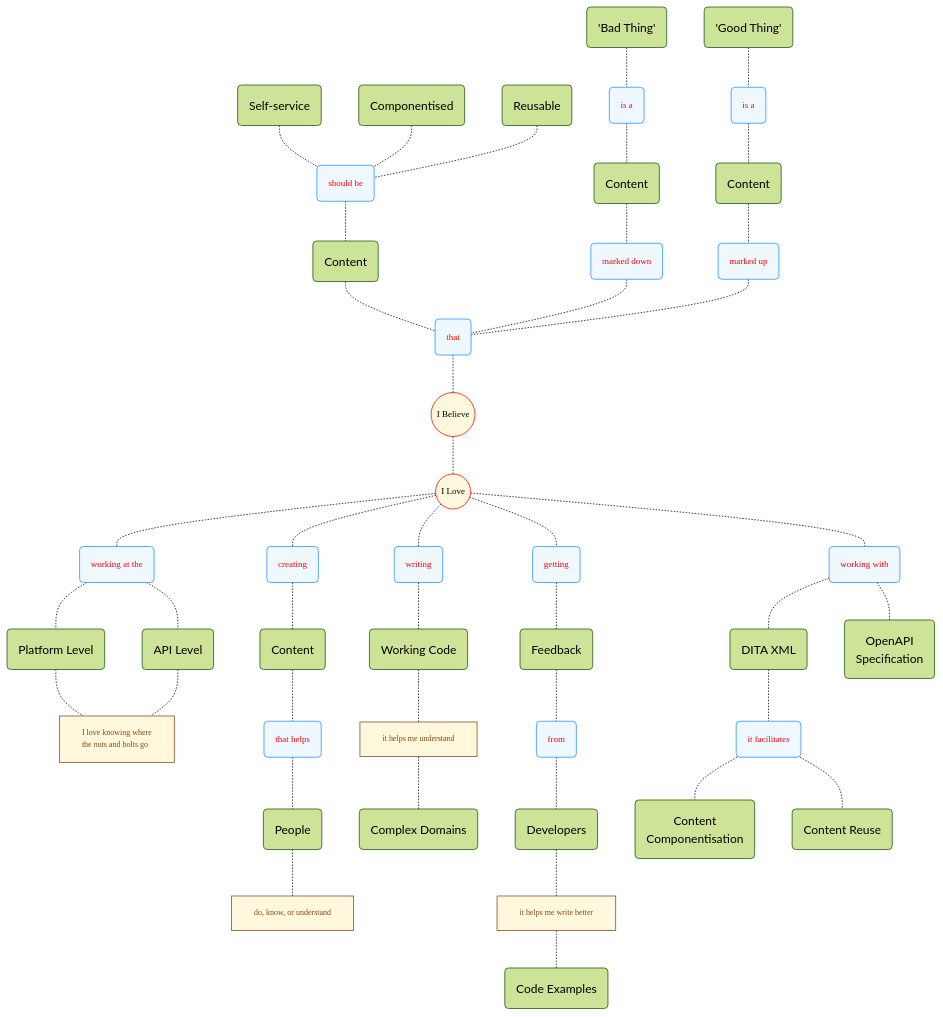
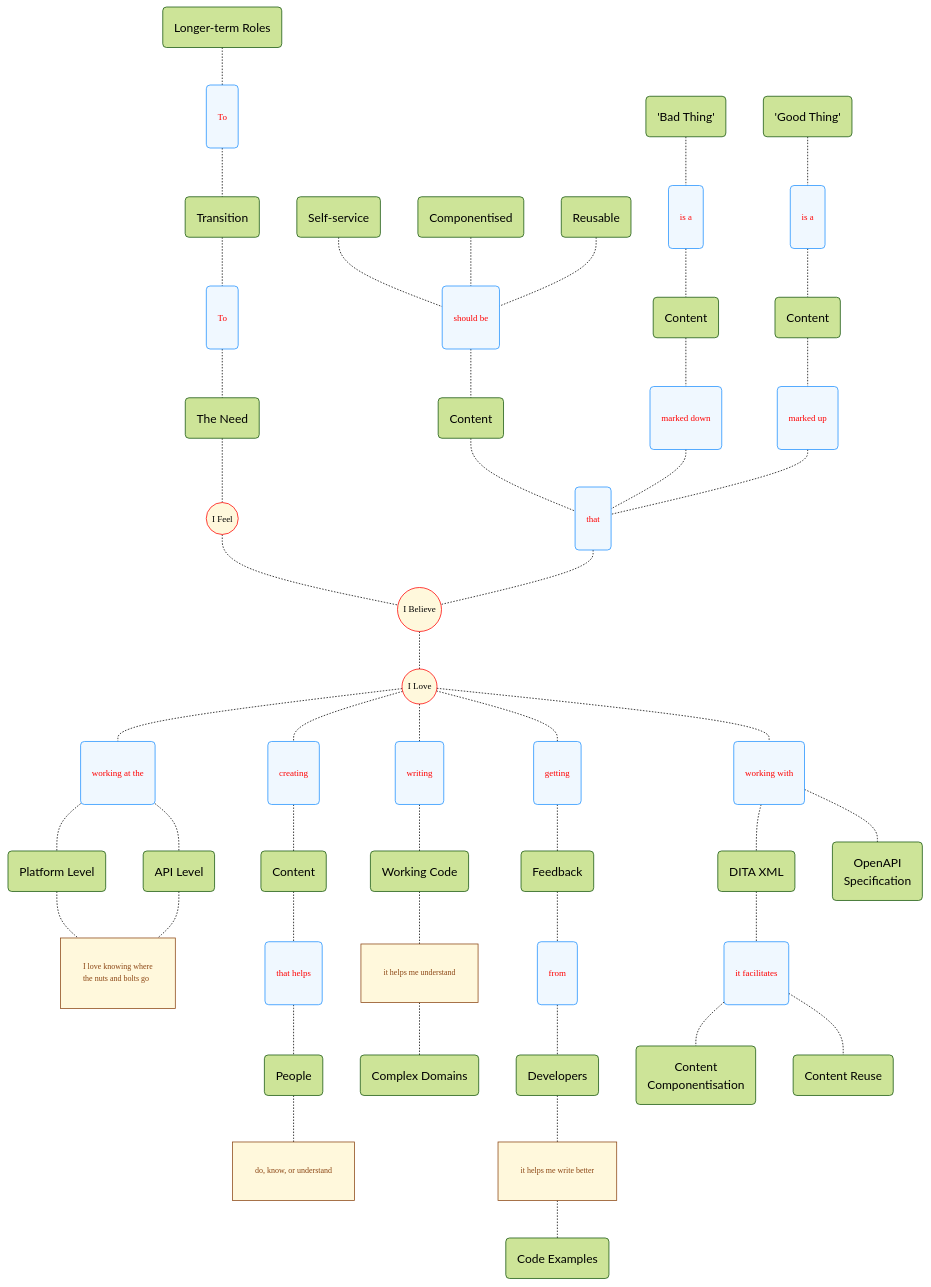
The diagram in my_mindmap_02.md (joe-dorward/samples), drawn with Mermaid before and after one commit.

````diff
--- a/my_mindmap_02.md
+++ b/my_mindmap_02.md
@@ -1,9 +1,23 @@
 ```mermaid
-%%{init: { "theme":"forest"} }%%
+%%{init: { "theme":"forest" } }%%
 flowchart TD
   classDef Start fill:cornsilk, stroke:red, font-family:verdana, font-size:9pt;
-  classDef Verb fill:aliceblue, color:red, stroke:dodgerblue, font-family:verdana, font-size:9pt;
-  classDef Note fill:cornsilk, stroke:saddlebrown, color:saddlebrown, font-family:verdana, font-size:8pt, text-align:left;
+  classDef Verb fill:aliceblue, color:red, stroke:dodgerblue, font-family:verdana, font-size:9pt, padding:0px 4px;
+  classDef Note fill:cornsilk, stroke:saddlebrown, color:saddlebrown, font-family:verdana, font-size:8pt, text-align:left, padding:0px 4px;
+
+
+  LONGER_TERM_ROLES("Longer-term Roles")
+  TO_1("To")
+  TRANSITION("Transition")
+  TO_2("To")
+  THE_NEED("The Need")
+  I_FEEL(("I Feel")):::Start
+
+  class TO_1,TO_2 Verb;
+
+  LONGER_TERM_ROLES-.-TO_1-.-TRANSITION-.-TO_2-.-THE_NEED-.-
+  I_FEEL-.-I_BELIEVE
+  %% ----------
 
   SELF_SERVICE("Self-service")
   COMPONENTISED("Componentised")
@@ -103,6 +117,10 @@
   OPEN_API_SPECIFICATION("OpenAPI<br/>Specification")
   %%  ========== ========== ========== ========== ==========
   %%ID_LIKE_TO(("I'd Like To")):::Start
+  %%TRANSITION("Transition")
+
+  %%ID_LIKE_TO-.-TRANSITION
   %%  ========== ========== ========== ========== ==========
   I_BELIEVE-.-I_LOVE
+
 ```
````
